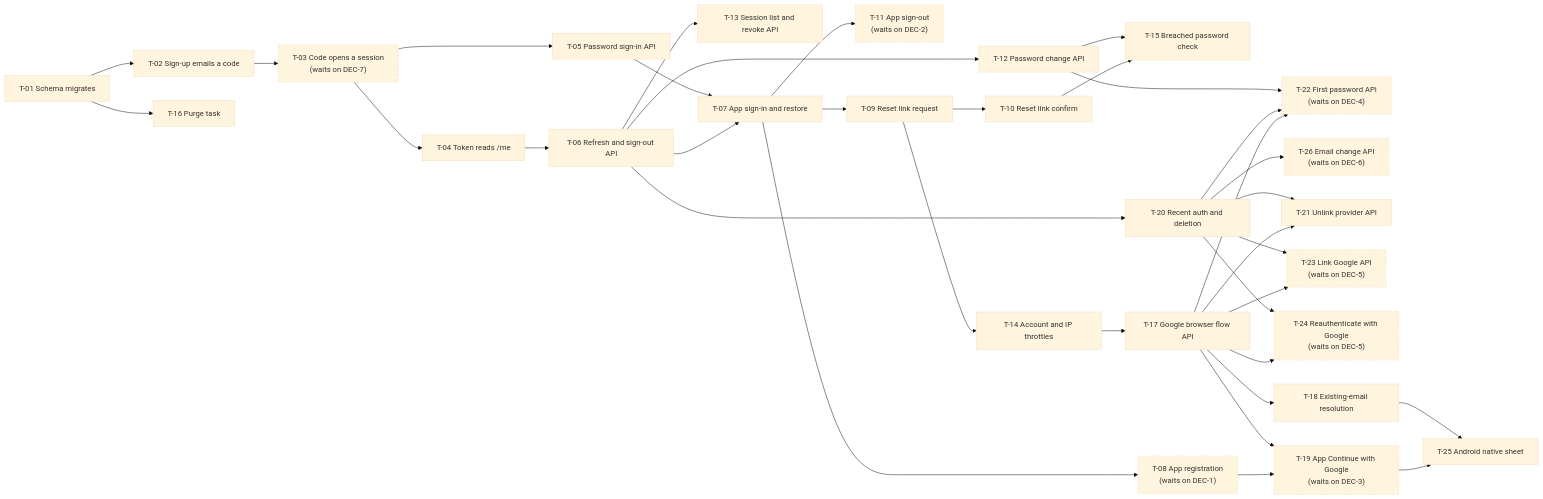
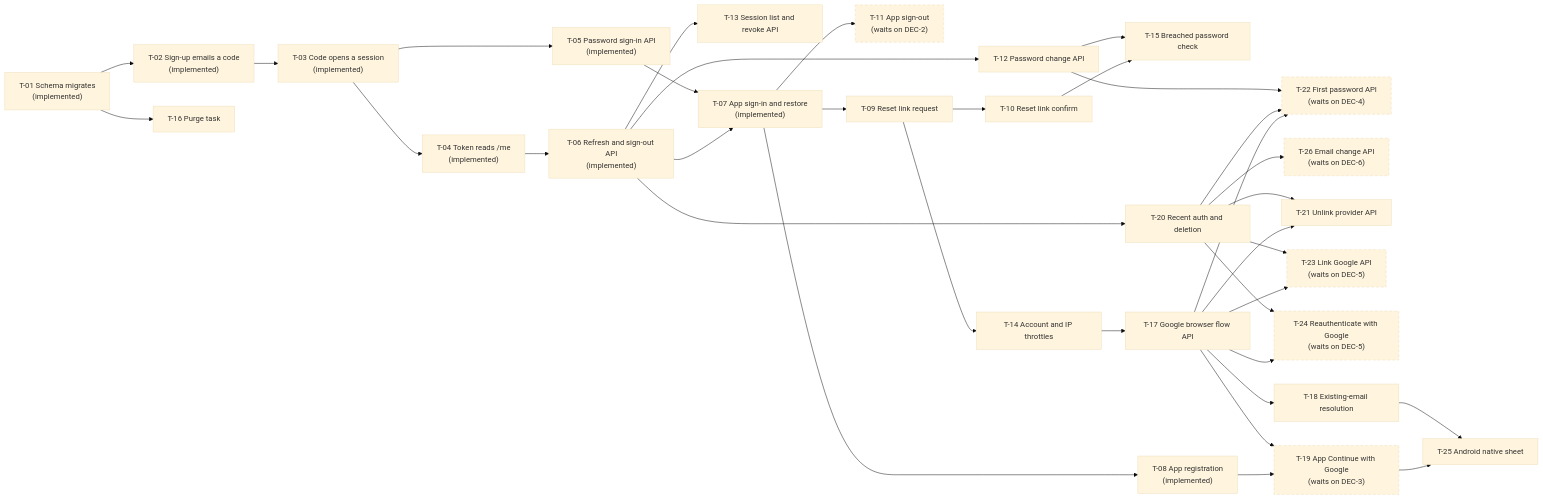
The diagram in ai/specs/18_09_2026__auth/tickets/README.md (fam-tung-lam/job_status_found), drawn with Mermaid (base theme) before and after one commit. The commit also changed other lines of this file and 9 other files, not shown here.

Commit message:
docs(auth): align specification with session flows

````diff
--- a/ai/specs/18_09_2026__auth/tickets/README.md
+++ b/ai/specs/18_09_2026__auth/tickets/README.md
@@ -37,67 +38,67 @@
 ```mermaid
 flowchart LR
-    T01["T-01 Schema migrates"]
-    T02["T-02 Sign-up emails a code"]
+    T01["T-01 Schema migrates<br>(implemented)"]
+    T02["T-02 Sign-up emails a code<br>(implemented)"]
     T16["T-16 Purge task"]
-    T03["T-03 Code opens a session<br>(waits on DEC-7)"]
-    T04["T-04 Token reads /me"]
-    T05["T-05 Password sign-in API"]
-    T06["T-06 Refresh and sign-out API"]
+    T03["T-03 Code opens a session<br>(implemented)"]
+    T04["T-04 Token reads /me<br>(implemented)"]
+    T05["T-05 Password sign-in API<br>(implemented)"]
+    T06["T-06 Refresh and sign-out API<br>(implemented)"]
     T13["T-13 Session list and revoke API"]
     T12["T-12 Password change API"]
-    T07["T-07 App sign-in and restore"]
+    T07["T-07 App sign-in and restore<br>(implemented)"]
     T11["T-11 App sign-out<br>(waits on DEC-2)"]
     T09["T-09 Reset link request"]
     T10["T-10 Reset link confirm"]
     T15["T-15 Breached password check"]
     T20["T-20 Recent auth and deletion"]
     T14["T-14 Account and IP throttles"]
     T17["T-17 Google browser flow API"]
     T22["T-22 First password API<br>(waits on DEC-4)"]
     T26["T-26 Email change API<br>(waits on DEC-6)"]
     T21["T-21 Unlink provider API"]
     T23["T-23 Link Google API<br>(waits on DEC-5)"]
     T24["T-24 Reauthenticate with Google<br>(waits on DEC-5)"]
     T18["T-18 Existing-email resolution"]
-    T08["T-08 App registration<br>(waits on DEC-1)"]
+    T08["T-08 App registration<br>(implemented)"]
     T19["T-19 App Continue with Google<br>(waits on DEC-3)"]
     T25["T-25 Android native sheet"]
 
     T01 --> T02
     T01 --> T16
     T02 --> T03
     T03 --> T04
     T03 --> T05
     T04 --> T06
     T05 --> T07
     T06 --> T13
     T06 --> T12
     T06 --> T07
     T06 --> T20
     T12 --> T15
     T12 --> T22
     T07 --> T11
     T07 --> T09
     T07 --> T08
     T09 --> T10
     T09 --> T14
     T10 --> T15
     T20 --> T22
     T20 --> T26
     T20 --> T21
     T20 --> T23
     T20 --> T24
     T14 --> T17
     T17 --> T22
     T17 --> T21
     T17 --> T23
     T17 --> T24
     T17 --> T18
     T17 --> T19
     T18 --> T25
     T08 --> T19
     T19 --> T25
 
     classDef waitsOnDecision stroke-dasharray: 6 4
-    class T03,T08,T11,T19,T22,T23,T24,T26 waitsOnDecision
+    class T11,T19,T22,T23,T24,T26 waitsOnDecision
 ```
````
